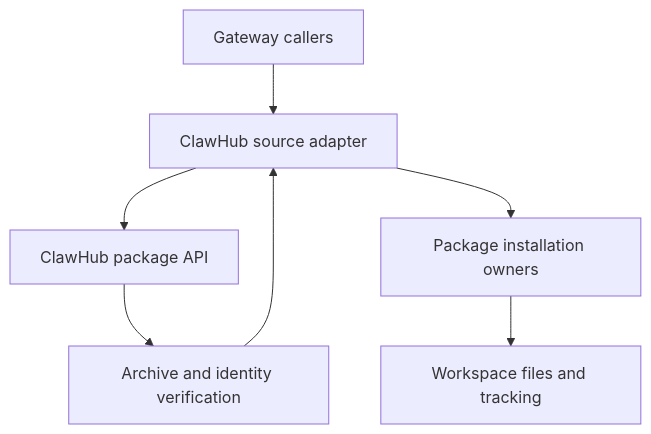
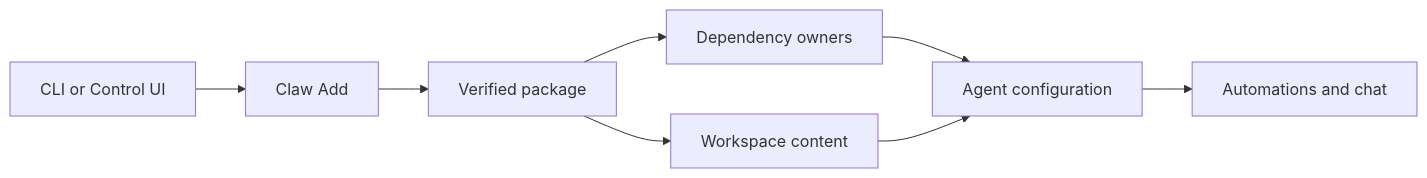
The diagram in fix-origins/clawsweeper/bundles/0088.full.md (miguelbranco80/openclaw-bug-origins), drawn with Mermaid before and after one commit. The commit also changed other lines of this file and 6464 other files, not shown here.

````diff
--- a/fix-origins/clawsweeper/bundles/0088.full.md
+++ b/fix-origins/clawsweeper/bundles/0088.full.md
@@ -59,9 +84,10 @@
 ```mermaid
-flowchart TD
-  A[Gateway callers] --> B[ClawHub source adapter]
-  B --> C[ClawHub package API]
-  C --> D[Archive and identity verification]
-  D --> B
-  B --> E[Package installation owners]
-  E --> F[Workspace files and tracking]
+flowchart LR
+  A[CLI or Control UI] --> B[Claw Add]
+  B --> C[Verified package]
+  C --> D[Dependency owners]
+  C --> E[Workspace content]
+  D --> F[Agent configuration]
+  E --> F
+  F --> G[Automations and chat]
 ```
````
